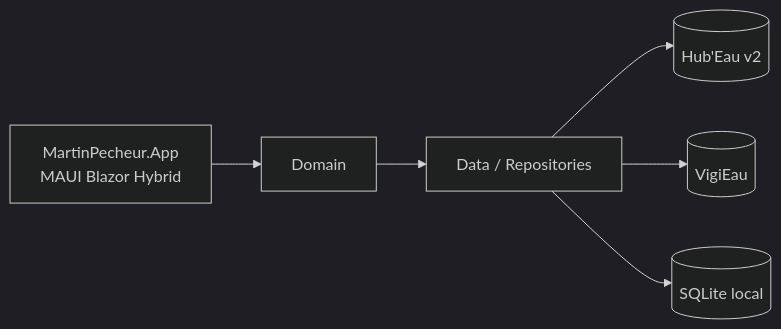
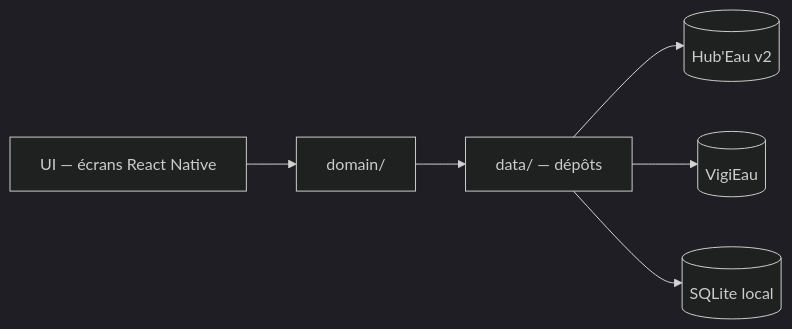
Before and after one commit to HubEauContrib/MartinPecheur: the diagram in docs/adr/ADR-template.md, drawn with Mermaid (dark theme). The commit also changed 12 other files, not shown here.

First line of the commit message:
docs: bascule de la stack vers React Native (ADR-010)

````diff
--- a/docs/adr/ADR-template.md
+++ b/docs/adr/ADR-template.md
@@ -26,8 +26,8 @@
 ```mermaid
 flowchart LR
-    UI[MartinPecheur.App<br/>MAUI Blazor Hybrid] --> Dom[Domain]
-    Dom --> Data[Data / Repositories]
+    UI[UI — écrans React Native] --> Dom[domain/]
+    Dom --> Data[data/ — dépôts]
     Data --> HE[(Hub'Eau v2)]
     Data --> VE[(VigiEau)]
     Data --> SQL[(SQLite local)]
 ```
````
